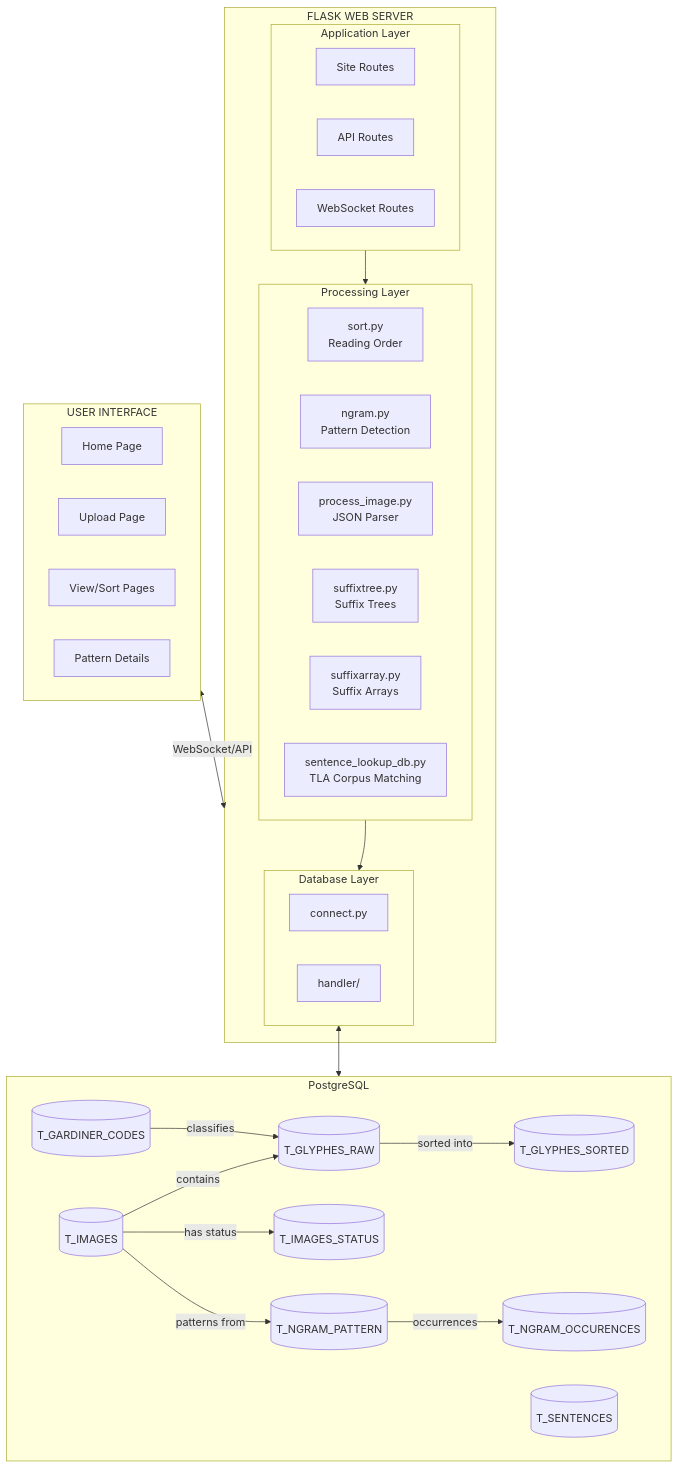
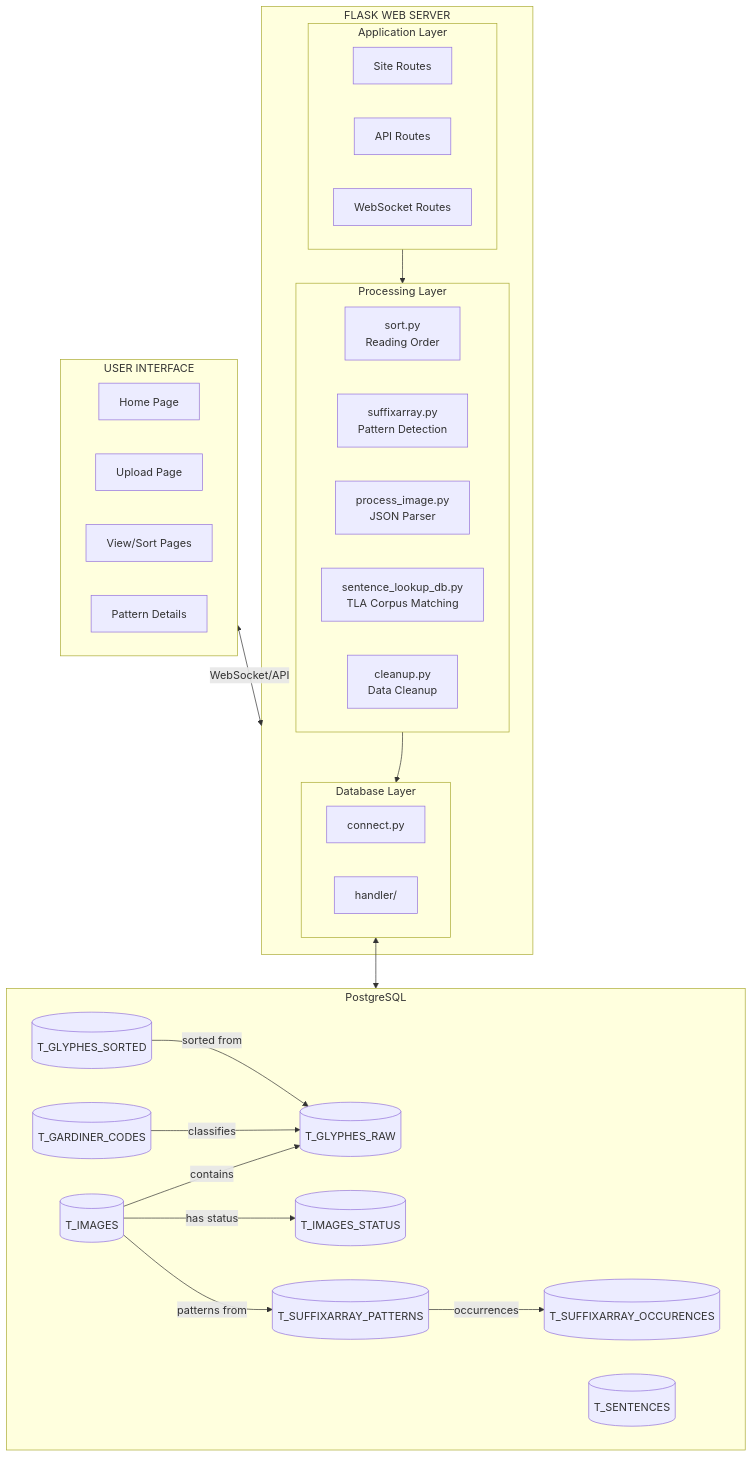
Before and after one commit to Philipp1305/hieroglyphic-pattern-analyzer: the first of 3 diagrams in README.md, drawn with Mermaid. The commit also changed other lines of this file, not shown here.

Commit message:
Replaced references to ngram.py with suffixarray.py

````diff
--- a/README.md
+++ b/README.md
@@ -48,56 +48,55 @@
 ```mermaid
 graph TB
     subgraph Browser["USER INTERFACE"]
         HomePage[Home Page]
         UploadPage[Upload Page]
         ViewPage[View/Sort Pages]
         PatternPage[Pattern Details]
     end
     
     Browser <-->|WebSocket/API| FlaskServer
     
     subgraph FlaskServer["FLASK WEB SERVER"]
         subgraph AppLayer["Application Layer"]
             SiteRoutes[Site Routes]
             APIRoutes[API Routes]
             WSRoutes[WebSocket Routes]
         end
         
         subgraph ProcessLayer["Processing Layer"]
             Sort[sort.py<br/>Reading Order]
-            NGram[ngram.py<br/>Pattern Detection]
+            SuffixArr[suffixarray.py<br/>Pattern Detection]
             ProcessImg[process_image.py<br/>JSON Parser]
-            Suffix[suffixtree.py<br/>Suffix Trees]
-            SuffixArr[suffixarray.py<br/>Suffix Arrays]
             Lookup[sentence_lookup_db.py<br/>TLA Corpus Matching]
+            Cleanup[cleanup.py<br/>Data Cleanup]
         end
         
         subgraph DBLayer["Database Layer"]
             Connect[connect.py]
             Handler[handler/]
         end
         
         AppLayer --> ProcessLayer
         ProcessLayer --> DBLayer
     end
     
     DBLayer <--> Database
     
     subgraph Database["PostgreSQL"]
         Images[(T_IMAGES)]
         GlyphesRaw[(T_GLYPHES_RAW)]
         GlyphesSorted[(T_GLYPHES_SORTED)]
         Gardiner[(T_GARDINER_CODES)]
         Status[(T_IMAGES_STATUS)]
-        NGramPattern[(T_NGRAM_PATTERN)]
-        NGramOcc[(T_NGRAM_OCCURENCES)]
+        SuffixPattern[(T_SUFFIXARRAY_PATTERNS)]
+        SuffixOcc[(T_SUFFIXARRAY_OCCURENCES)]
         Sentences[(T_SENTENCES)]
         
         Images -->|contains| GlyphesRaw
         Images -->|has status| Status
         Gardiner -->|classifies| GlyphesRaw
-        GlyphesRaw -->|sorted into| GlyphesSorted
-        Images -->|patterns from| NGramPattern
-        NGramPattern -->|occurrences| NGramOcc
+        GlyphesSorted -->|sorted from| GlyphesRaw
+        Images -->|patterns from| SuffixPattern
+        SuffixPattern -->|occurrences| SuffixOcc
     end
 ```
````
